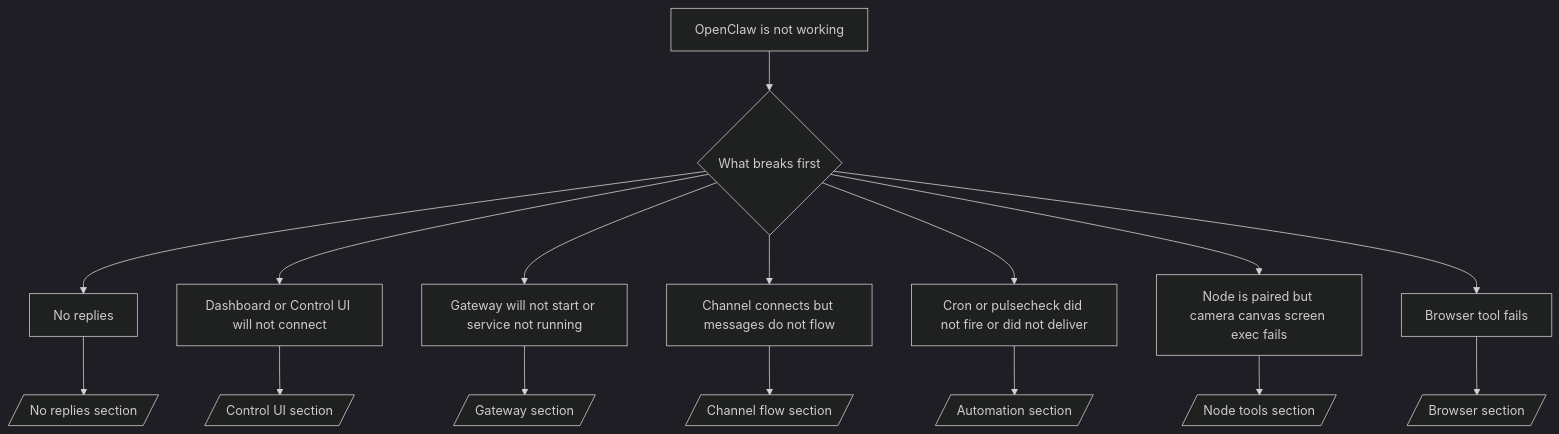
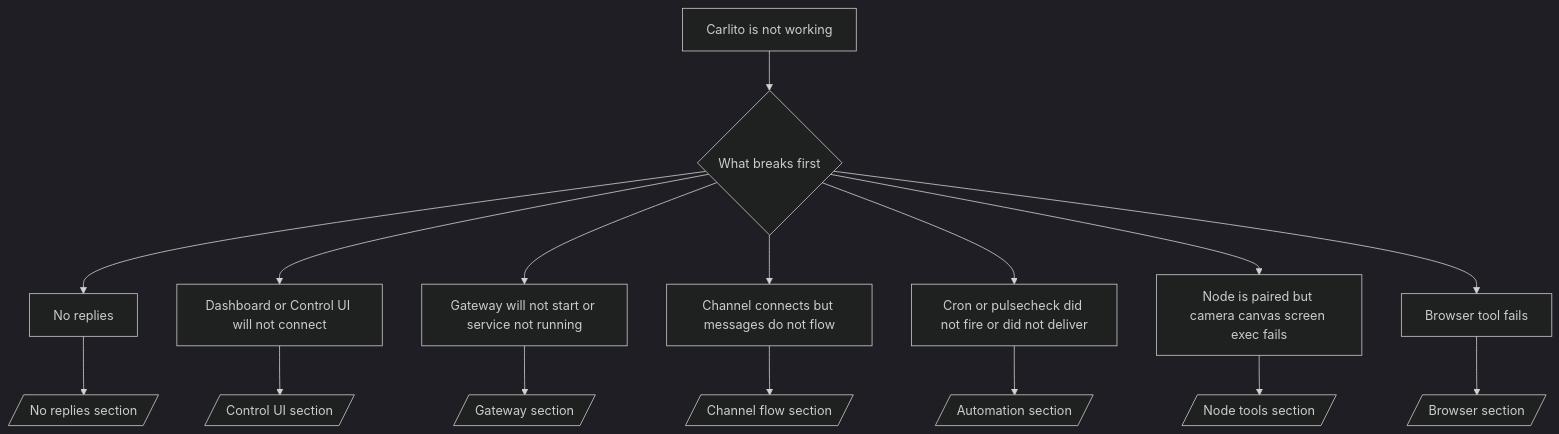
One commit to realcarlossanchez101/carlito changed the diagram in docs/help/troubleshooting.md. Above: the diagram before and after it, drawn with Mermaid (dark theme). The commit also changed other lines of this file and 8911 other files, not shown here.

````diff
--- a/docs/help/troubleshooting.md
+++ b/docs/help/troubleshooting.md
@@ -87,19 +87,19 @@
 ```mermaid
 flowchart TD
-  A[OpenClaw is not working] --> B{What breaks first}
+  A[Carlito is not working] --> B{What breaks first}
   B --> C[No replies]
   B --> D[Dashboard or Control UI will not connect]
   B --> E[Gateway will not start or service not running]
   B --> F[Channel connects but messages do not flow]
   B --> G[Cron or pulsecheck did not fire or did not deliver]
   B --> H[Node is paired but camera canvas screen exec fails]
   B --> I[Browser tool fails]
 
   C --> C1[/No replies section/]
   D --> D1[/Control UI section/]
   E --> E1[/Gateway section/]
   F --> F1[/Channel flow section/]
   G --> G1[/Automation section/]
   H --> H1[/Node tools section/]
   I --> I1[/Browser section/]
 ```
````
